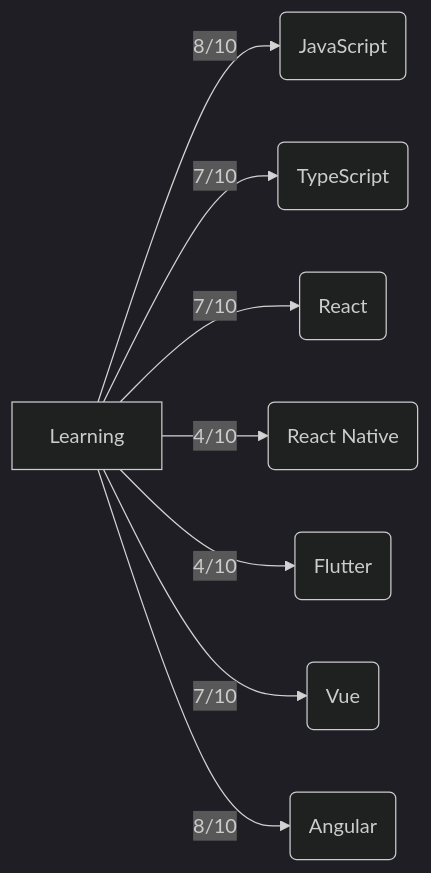
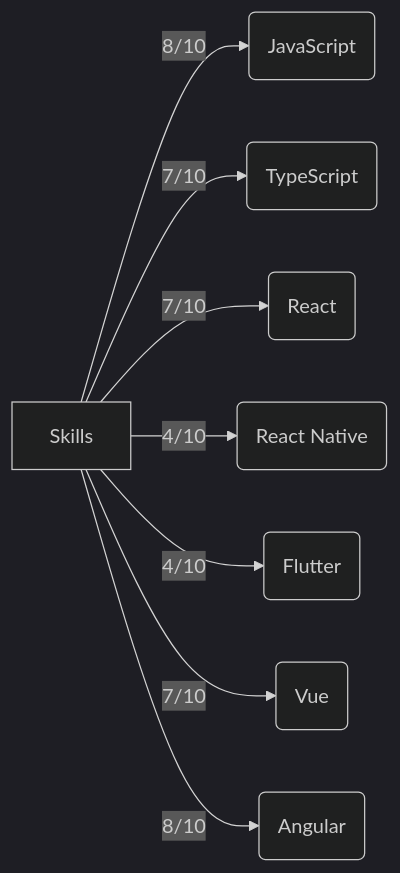
One commit to niawjunior/niawjunior changed the diagram in README.md. Above: the diagram before and after it, drawn with Mermaid (dark theme).

Commit message:
update about me

````diff
--- a/README.md
+++ b/README.md
@@ -20,21 +20,21 @@
 ```mermaid
 graph LR
-  A[Learning]
+  A[Skills]
   F(JavaScript)
   G(TypeScript)
   B(React)
   C(React Native)
   H(Flutter)
   D(Vue)
   E(Angular)
 
   A -->|8/10| F
   A -->|7/10| G
   A -->|7/10| B
   A -->|4/10| C
   A -->|4/10| H
   A -->|7/10| D
   A -->|8/10| E
 
 
 ```
````
